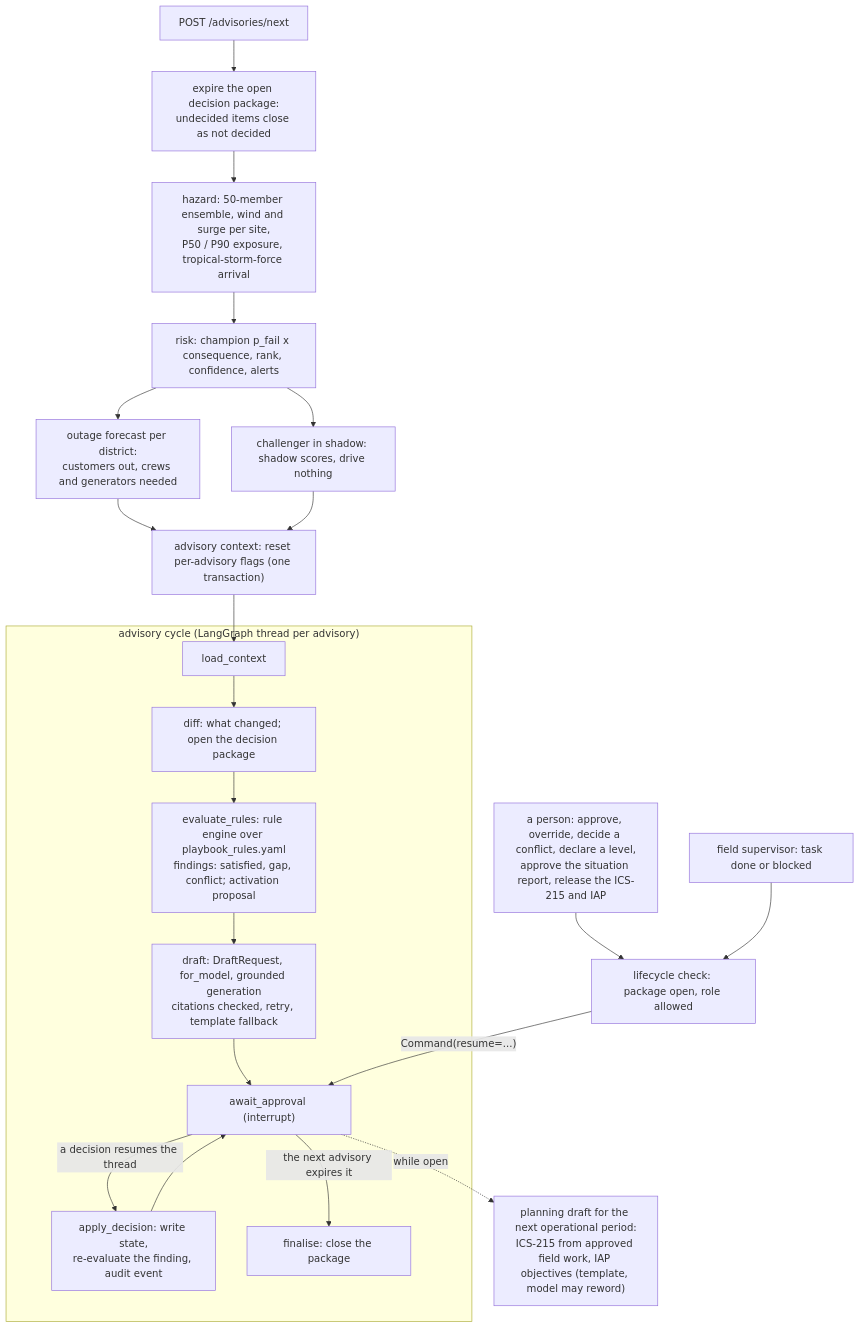
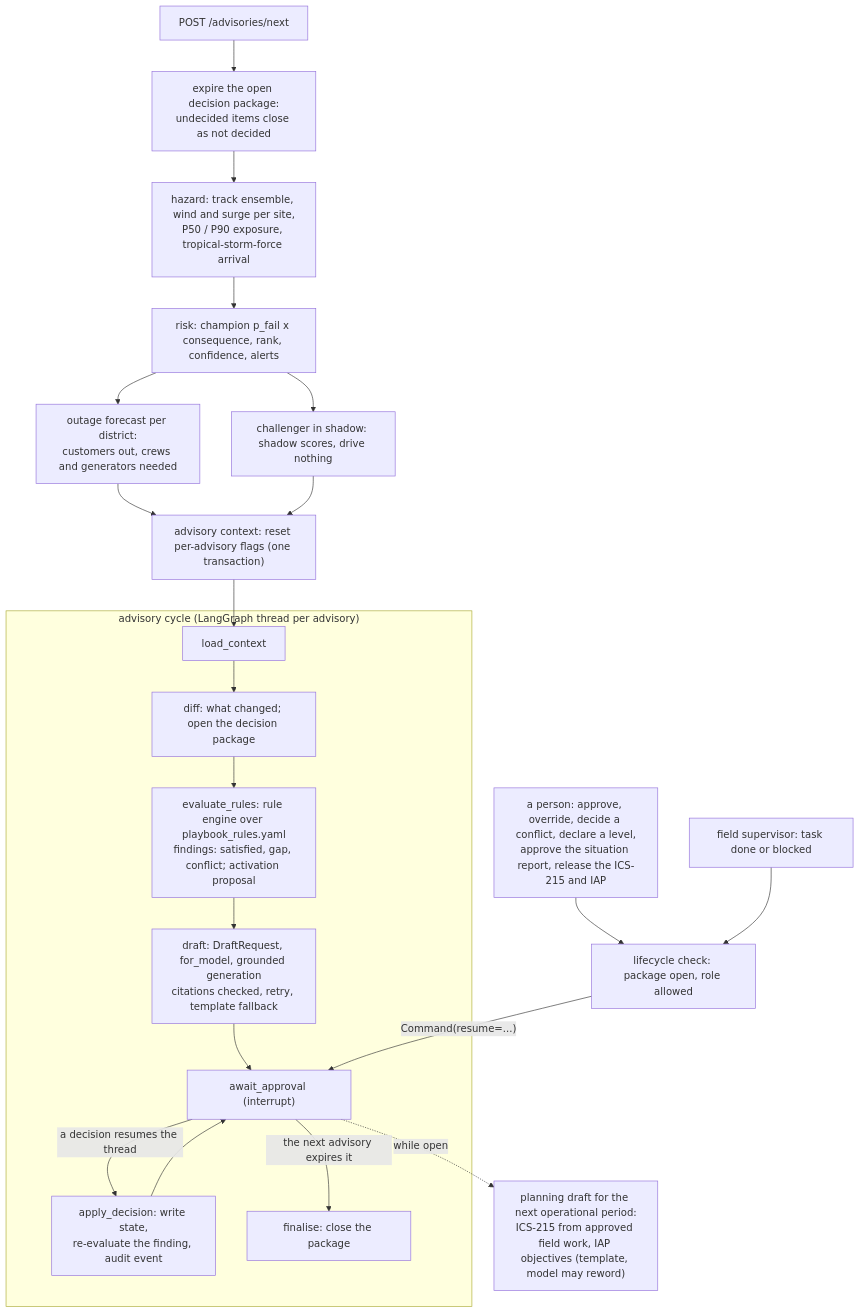
The second of 2 diagrams in docs/architecture.md (arcsi1989/muster-eoc), drawn with Mermaid before and after one commit. The commit also changed other lines of this file and 9 other files, not shown here.

First line of the commit message:
docs: review fixes: replay calls calibration in the module diagram, disclaimer on every ADR, glossary terms, numbers point to config

````diff
--- a/docs/architecture.md
+++ b/docs/architecture.md
@@ -117,26 +117,26 @@
 ```mermaid
 flowchart TD
   next["POST /advisories/next"] --> expire["expire the open decision package:<br/>undecided items close as not decided"]
-  expire --> hazard["hazard: 50-member ensemble, wind and surge per site,<br/>P50 / P90 exposure, tropical-storm-force arrival"]
+  expire --> hazard["hazard: track ensemble, wind and surge per site,<br/>P50 / P90 exposure, tropical-storm-force arrival"]
   hazard --> risk["risk: champion p_fail x consequence, rank, confidence, alerts"]
   risk --> forecast["outage forecast per district:<br/>customers out, crews and generators needed"]
   risk --> shadow["challenger in shadow: shadow scores, drive nothing"]
   forecast --> flags["advisory context: reset per-advisory flags (one transaction)"]
   shadow --> flags
   flags --> load["load_context"]
 
   subgraph thread["advisory cycle (LangGraph thread per advisory)"]
     load --> diff["diff: what changed; open the decision package"]
     diff --> rules["evaluate_rules: rule engine over playbook_rules.yaml<br/>findings: satisfied, gap, conflict; activation proposal"]
     rules --> draft["draft: DraftRequest, for_model, grounded generation<br/>citations checked, retry, template fallback"]
     draft --> wait["await_approval (interrupt)"]
     wait -->|a decision resumes the thread| apply["apply_decision: write state,<br/>re-evaluate the finding, audit event"]
     apply --> wait
     wait -->|the next advisory expires it| final["finalise: close the package"]
   end
 
   person["a person: approve, override, decide a conflict, declare a level,<br/>approve the situation report, release the ICS-215 and IAP"] --> check["lifecycle check: package open, role allowed"]
   supervisor["field supervisor: task done or blocked"] --> check
   check -->|"Command(resume=...)"| wait
   wait -.->|while open| planningdraft["planning draft for the next operational period:<br/>ICS-215 from approved field work, IAP objectives (template, model may reword)"]
 ```
````
